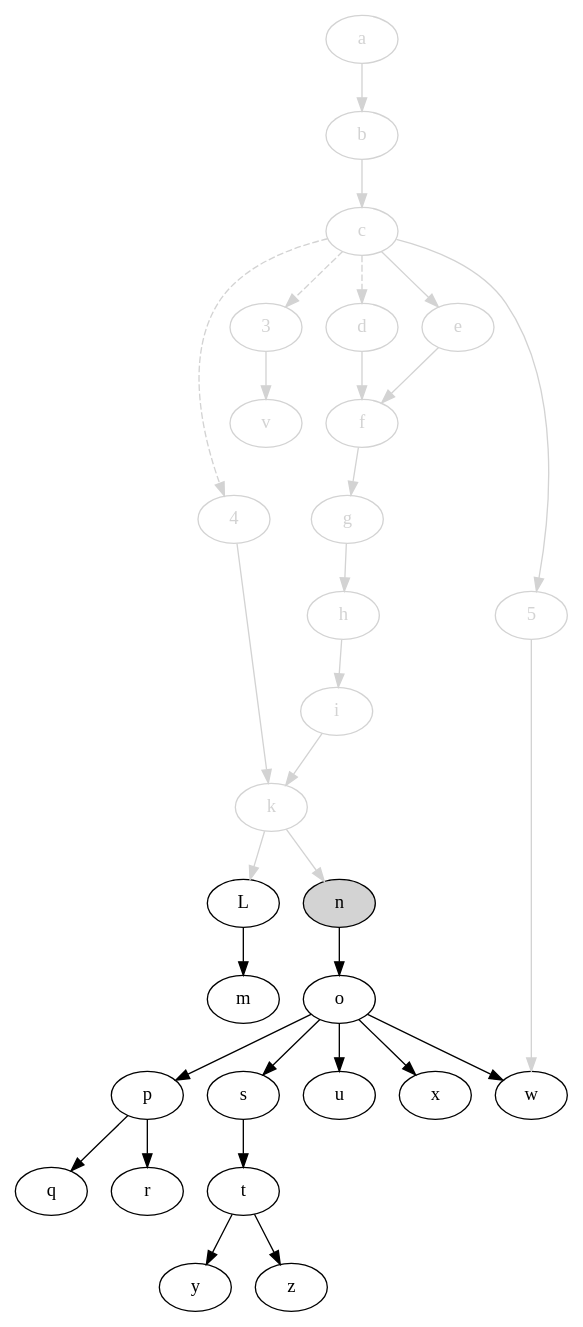
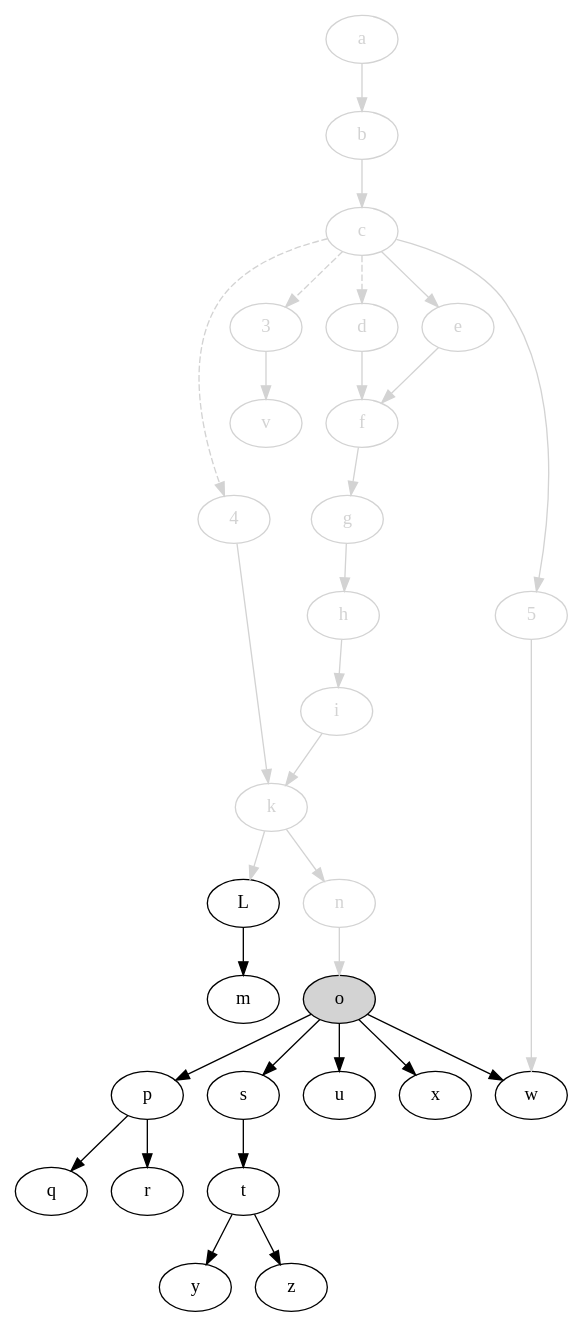
One commit to jdmpapin/svm-startup-deps changed the diagram in svm-startup-deps.dot. Above: the diagram before and after it, drawn with Graphviz. The commit also changed 1 other file, not shown here.

```diff
--- a/svm-startup-deps.dot
+++ b/svm-startup-deps.dot
@@ -1,61 +1,61 @@
 digraph {
     4 [color=lightgrey,fontcolor=lightgrey];
     3 [color=lightgrey,fontcolor=lightgrey];
     a [color=lightgrey,fontcolor=lightgrey];
     b [color=lightgrey,fontcolor=lightgrey];
     c [color=lightgrey,fontcolor=lightgrey];
     d [color=lightgrey,fontcolor=lightgrey];
     e [color=lightgrey,fontcolor=lightgrey];
     f [color=lightgrey,fontcolor=lightgrey];
     g [color=lightgrey,fontcolor=lightgrey];
     h [color=lightgrey,fontcolor=lightgrey];
     i [color=lightgrey,fontcolor=lightgrey];
     k [color=lightgrey,fontcolor=lightgrey];
     L;
     m;
     5 [color=lightgrey,fontcolor=lightgrey];
-    n [style=filled,fillcolor=lightgrey];
-    o;
+    n [color=lightgrey,fontcolor=lightgrey];
+    o [style=filled,fillcolor=lightgrey];
     p;
     q;
     r;
     s;
     t;
     u;
     v [color=lightgrey,fontcolor=lightgrey];
     w;
     x;
     y;
     z;
 
     4 -> k [color=lightgrey];
     c -> 4 [style=dashed,color=lightgrey];
     c -> 3 [style=dashed,color=lightgrey];
     c -> d [style=dashed,color=lightgrey];
     3 -> v [color=lightgrey];
     a -> b [color=lightgrey];
     b -> c [color=lightgrey];
     c -> e [color=lightgrey];
     c -> 5 [color=lightgrey];
     d -> f [color=lightgrey];
     e -> f [color=lightgrey];
     f -> g [color=lightgrey];
     g -> h [color=lightgrey];
     h -> i [color=lightgrey];
     i -> k [color=lightgrey];
     k -> L [color=lightgrey];
     L -> m;
     k -> n [color=lightgrey];
-    n -> o;
+    n -> o [color=lightgrey];
     o -> p;
     p -> q;
     p -> r;
     o -> s;
     s -> t;
     o -> u;
     5 -> w [color=lightgrey];
     o -> w;
     o -> x;
     t -> y;
     t -> z;
 }
```
